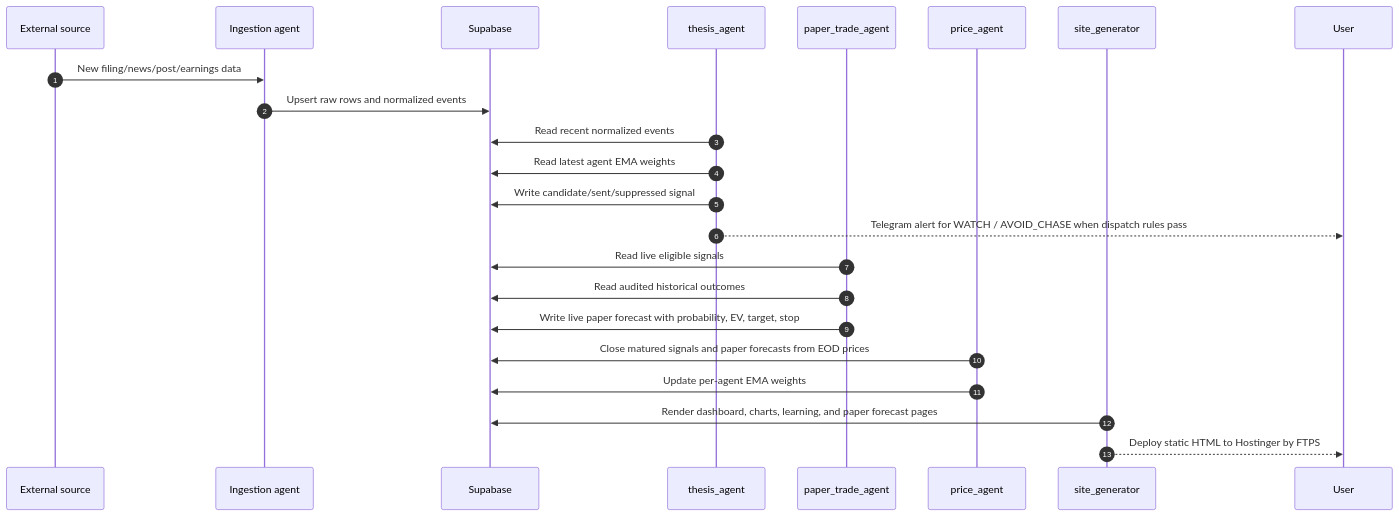
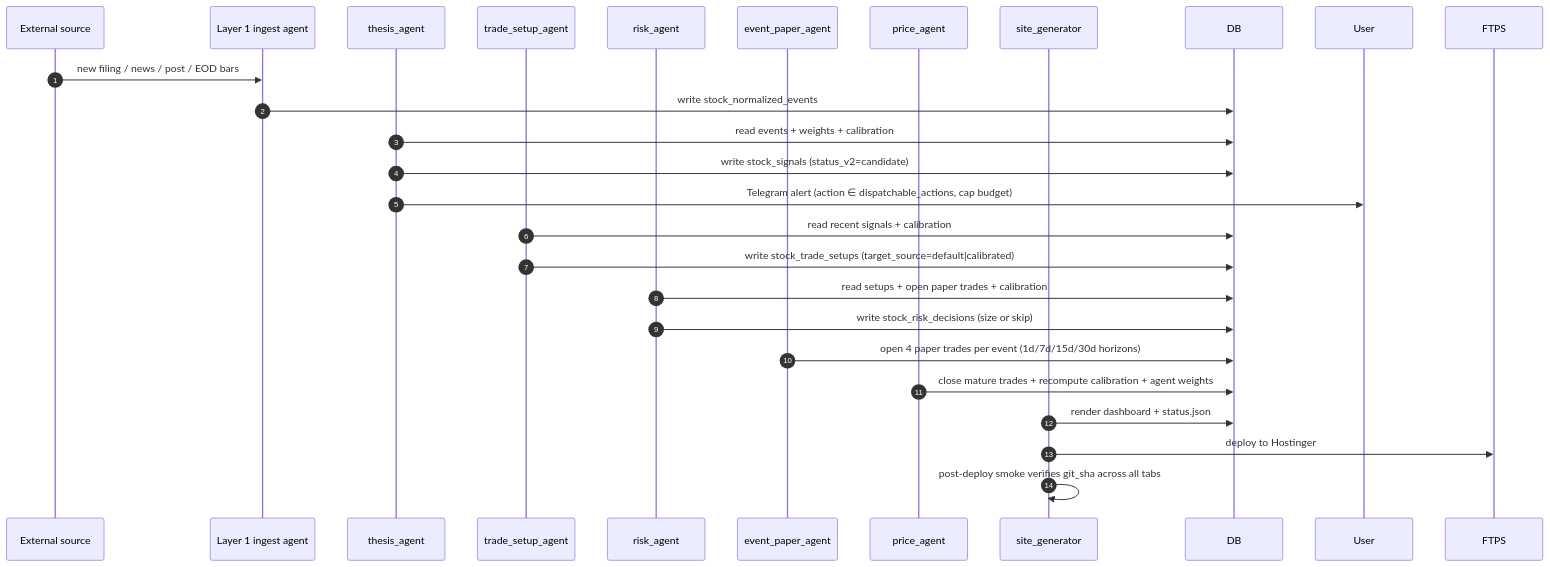
One commit to nishantgupta83/stock_app changed the second of 3 diagrams in docs/technical-architecture.md. Above: the diagram before and after it, drawn with Mermaid. The commit also changed other lines of this file, not shown here.

First line of the commit message:
docs: refresh technical-architecture.md to Phase 11.6 reality

````diff
--- a/docs/technical-architecture.md
+++ b/docs/technical-architecture.md
@@ -140,26 +157,27 @@
 ```mermaid
 sequenceDiagram
   autonumber
   participant Source as External source
-  participant Agent as Ingestion agent
-  participant DB as Supabase
+  participant Ingest as Layer 1 ingest agent
   participant Thesis as thesis_agent
-  participant Paper as paper_trade_agent
+  participant Setup as trade_setup_agent
+  participant Risk as risk_agent
+  participant EventPaper as event_paper_agent
   participant Price as price_agent
   participant Site as site_generator
-  participant User as User
 
-  Source->>Agent: New filing/news/post/earnings data
-  Agent->>DB: Upsert raw rows and normalized events
-  Thesis->>DB: Read recent normalized events
-  Thesis->>DB: Read latest agent EMA weights
-  Thesis->>DB: Write candidate/sent/suppressed signal
-  Thesis-->>User: Telegram alert for WATCH / AVOID_CHASE when dispatch rules pass
-  Paper->>DB: Read live eligible signals
-  Paper->>DB: Read audited historical outcomes
-  Paper->>DB: Write live paper forecast with probability, EV, target, stop
-  Price->>DB: Close matured signals and paper forecasts from EOD prices
-  Price->>DB: Update per-agent EMA weights
-  Site->>DB: Render dashboard, charts, learning, and paper forecast pages
-  Site-->>User: Deploy static HTML to Hostinger by FTPS
+  Source->>Ingest: new filing / news / post / EOD bars
+  Ingest->>DB: write stock_normalized_events
+  Thesis->>DB: read events + weights + calibration
+  Thesis->>DB: write stock_signals (status_v2=candidate)
+  Thesis->>User: Telegram alert (action ∈ dispatchable_actions, cap budget)
+  Setup->>DB: read recent signals + calibration
+  Setup->>DB: write stock_trade_setups (target_source=default|calibrated)
+  Risk->>DB: read setups + open paper trades + calibration
+  Risk->>DB: write stock_risk_decisions (size or skip)
+  EventPaper->>DB: open 4 paper trades per event (1d/7d/15d/30d horizons)
+  Price->>DB: close mature trades + recompute calibration + agent weights
+  Site->>DB: render dashboard + status.json
+  Site->>FTPS: deploy to Hostinger
+  Site->>Site: post-deploy smoke verifies git_sha across all tabs
 ```
````
